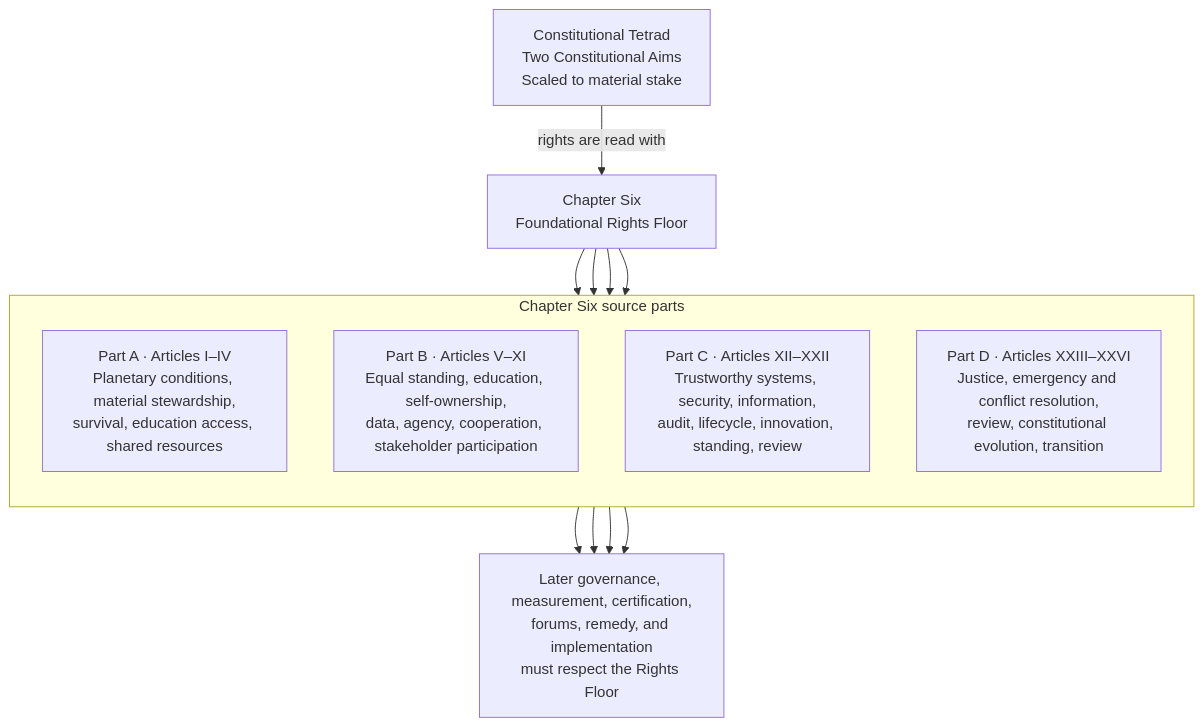
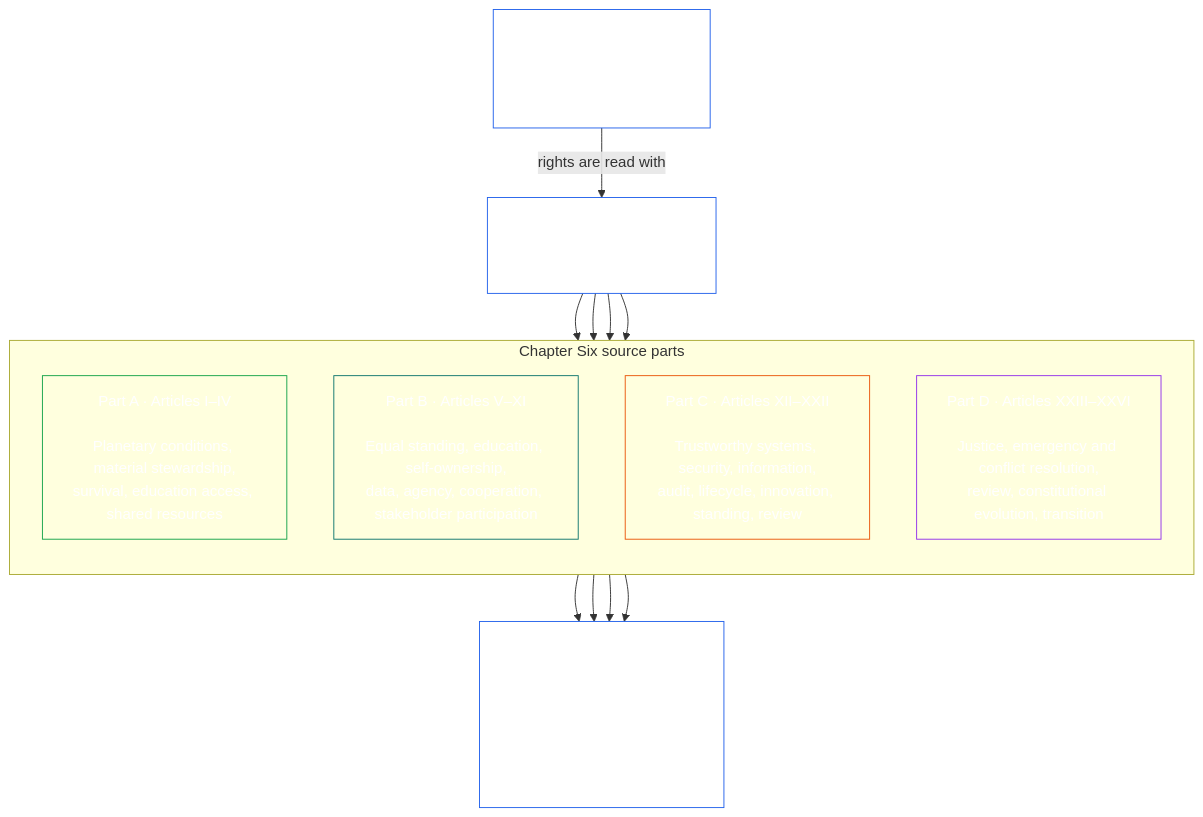
The third of 20 diagrams in CONCEPTUAL_OVERVIEW.md (kfoelsch/Sentient_Constitution), drawn with Mermaid before and after one commit. The commit also changed other lines of this file and 22 other files, not shown here.

````diff
--- a/CONCEPTUAL_OVERVIEW.md
+++ b/CONCEPTUAL_OVERVIEW.md
@@ -139,22 +152,29 @@
 ```mermaid
 flowchart TB
-    T["Constitutional Tetrad<br/>Two Constitutional Aims<br/>Scaled to material stake"]
-    R["Chapter Six<br/>Foundational Rights Floor"]
+    T["Constitutional Tetrad<br/><br/>Two Constitutional Aims<br/>Scaled to material stake"]
+    R["Chapter Six<br/><br/>Foundational Rights Floor"]
     subgraph Parts["Chapter Six source parts"]
         direction TB
-        A["Part A · Articles I–IV<br/>Planetary conditions, material stewardship,<br/>survival, education access, shared resources"]
-        B["Part B · Articles V–XI<br/>Equal standing, education, self-ownership,<br/>data, agency, cooperation, stakeholder participation"]
-        C["Part C · Articles XII–XXII<br/>Trustworthy systems, security, information,<br/>audit, lifecycle, innovation, standing, review"]
-        D["Part D · Articles XXIII–XXVI<br/>Justice, emergency and conflict resolution,<br/>review, constitutional evolution, transition"]
+        A["Part A · Articles I–IV<br/><br/>Planetary conditions, material stewardship,<br/>survival, education access, shared resources"]
+        B["Part B · Articles V–XI<br/><br/>Equal standing, education, self-ownership,<br/>data, agency, cooperation, stakeholder participation"]
+        C["Part C · Articles XII–XXII<br/><br/>Trustworthy systems, security, information,<br/>audit, lifecycle, innovation, standing, review"]
+        D["Part D · Articles XXIII–XXVI<br/><br/>Justice, emergency and conflict resolution,<br/>review, constitutional evolution, transition"]
     end
-    P["Later governance, measurement, certification,<br/>forums, remedy, and implementation<br/>must respect the Rights Floor"]
+    P["Later governance, measurement, certification,<br/><br/>forums, remedy, and implementation<br/>must respect the Rights Floor"]
     T -->|rights are read with| R
     R --> A
     R --> B
     R --> C
     R --> D
     A --> P
     B --> P
     C --> P
     D --> P
+    style T fill:none,stroke:#2563eb,color:#ffffff
+    style R fill:none,stroke:#2563eb,color:#ffffff
+    style A fill:none,stroke:#16a34a,color:#ffffff
+    style B fill:none,stroke:#0f766e,color:#ffffff
+    style C fill:none,stroke:#ea580c,color:#ffffff
+    style D fill:none,stroke:#9333ea,color:#ffffff
+    style P fill:none,stroke:#2563eb,color:#ffffff
 ```
````
